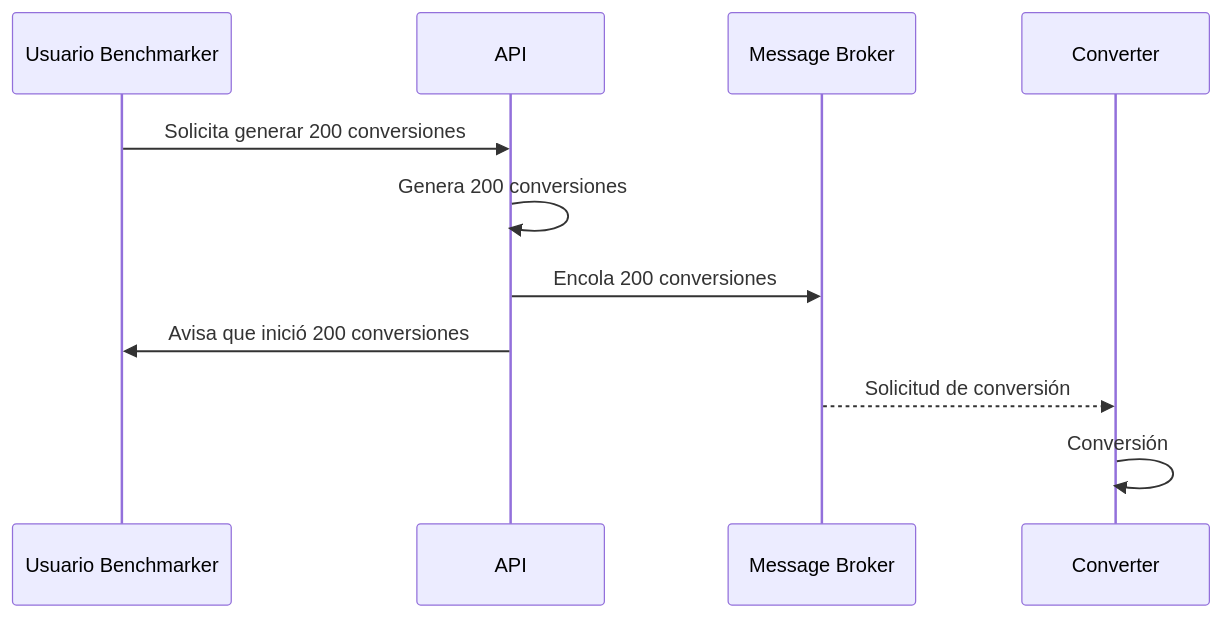
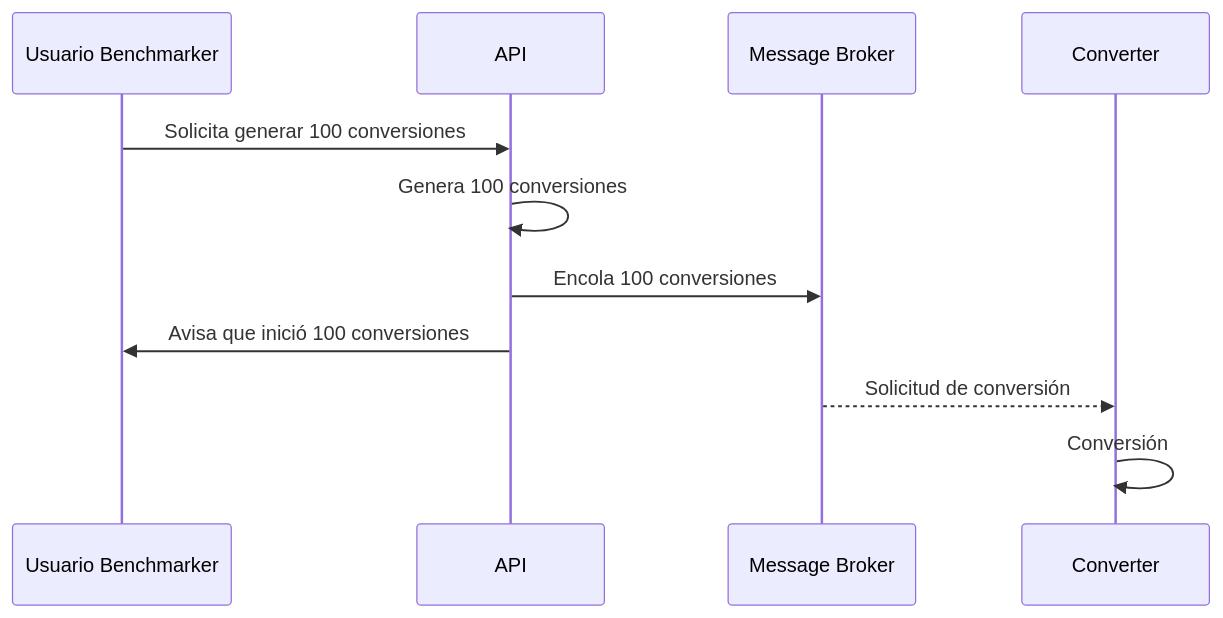
The fourth of 4 diagrams in README.md (muniter/uni_cloud_convert), drawn with Mermaid before and after one commit. The commit also changed other lines of this file and 1 other file, not shown here.

````diff
--- a/README.md
+++ b/README.md
@@ -455,14 +569,14 @@
 ```mermaid
 sequenceDiagram
   participant ben as Usuario Benchmarker
   participant api as API
   participant mb as Message Broker
   participant co as Converter
 
-  ben->>api: Solicita generar 200 conversiones
-  api->>api: Genera 200 conversiones
-  api->>mb: Encola 200 conversiones
-  api->>ben: Avisa que inició 200 conversiones
+  ben->>api: Solicita generar 100 conversiones
+  api->>api: Genera 100 conversiones
+  api->>mb: Encola 100 conversiones
+  api->>ben: Avisa que inició 100 conversiones
   mb-->>co: Solicitud de conversión
   co->>co: Conversión
 ```
````
